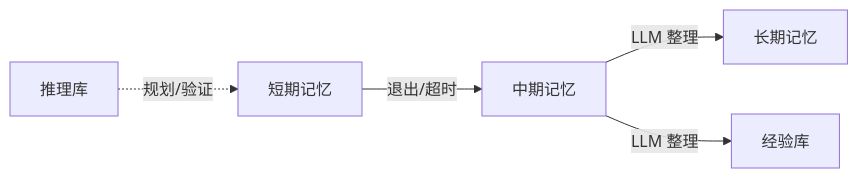
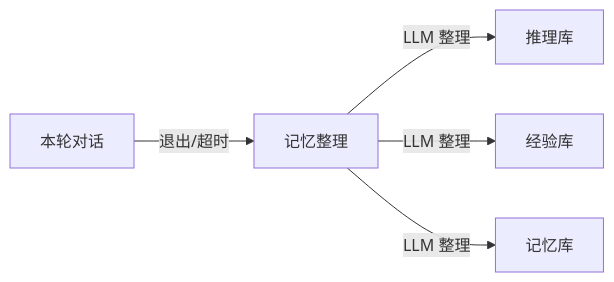
Before and after one commit to xie12321/JUZI-RAGnet: the second of 2 diagrams in README.md, drawn with Mermaid. The commit also changed other lines of this file, not shown here.

````diff
--- a/README.md
+++ b/README.md
@@ -62,7 +56,7 @@
 ```mermaid
 graph LR
-    A[短期记忆] -->|退出/超时| B[中期记忆]
-    B -->|LLM 整理| C[长期记忆]
+    A[本轮对话] -->|退出/超时| B[记忆整理]
+    B -->|LLM 整理| C[推理库]
     B -->|LLM 整理| D[经验库]
-    E[推理库] -.->|规划/验证| A
+    B -->|LLM 整理| E[记忆库]
 ```
````
